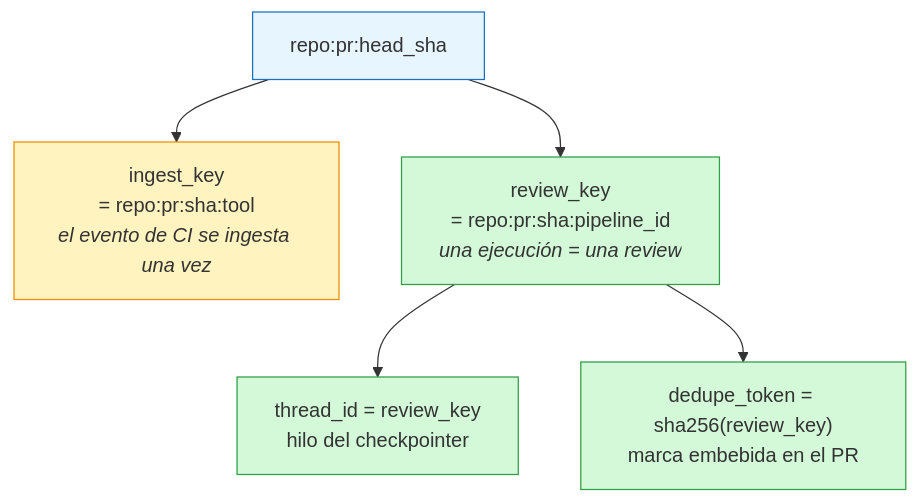
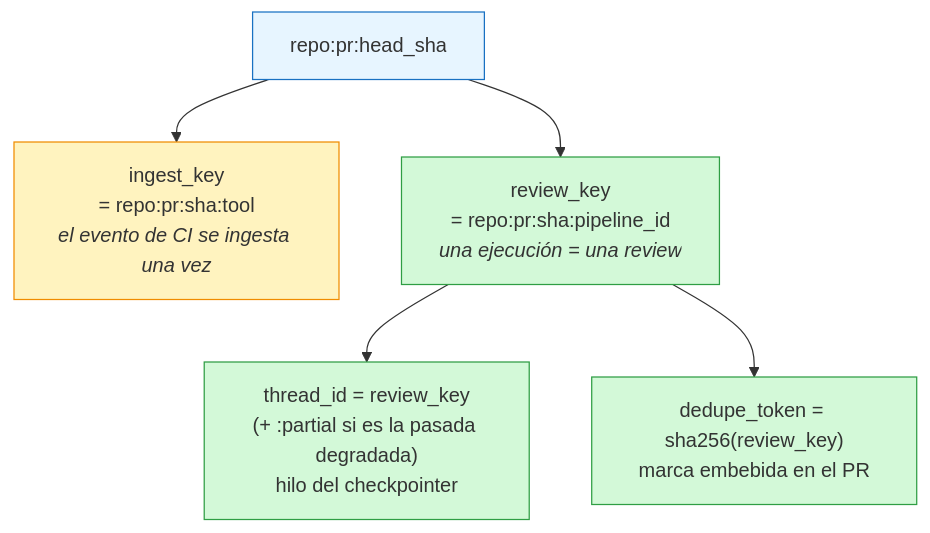
The third of 4 diagrams in docs/edu/07-idempotencia-y-efectos-20261011.md (pcgarat/agent-review-langgraph), drawn with Mermaid before and after one commit. The commit also changed other lines of this file and 35 other files, not shown here.

````diff
--- a/docs/edu/07-idempotencia-y-efectos-20261011.md
+++ b/docs/edu/07-idempotencia-y-efectos-20261011.md
@@ -143,13 +143,13 @@
 ```mermaid
 flowchart TD
     SHA["repo:pr:head_sha"] --> IK["ingest_key<br/>= repo:pr:sha:tool<br/><i>el evento de CI se ingesta una vez</i>"]
     SHA --> RK["review_key<br/>= repo:pr:sha:pipeline_id<br/><i>una ejecución = una review</i>"]
-    RK --> TID["thread_id = review_key<br/>hilo del checkpointer"]
+    RK --> TID["thread_id = review_key<br/>(+ :partial si es la pasada degradada)<br/>hilo del checkpointer"]
     RK --> TOK["dedupe_token = sha256(review_key)<br/>marca embebida en el PR"]
     classDef base fill:#e7f5ff,stroke:#1971c2;
     classDef ev fill:#fff3bf,stroke:#f08c00;
     classDef ex fill:#d3f9d8,stroke:#2f9e44;
     class SHA base
     class IK ev
     class RK,TID,TOK ex
 ```
````
